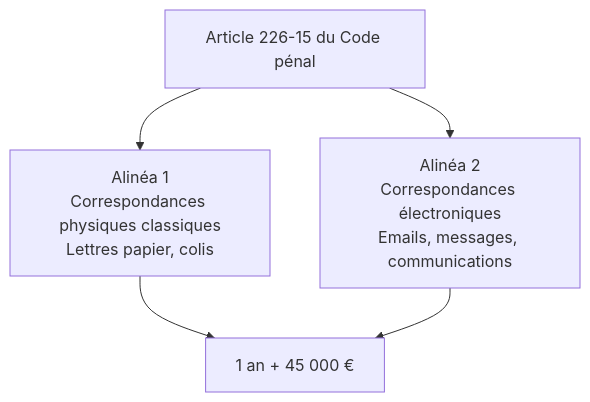
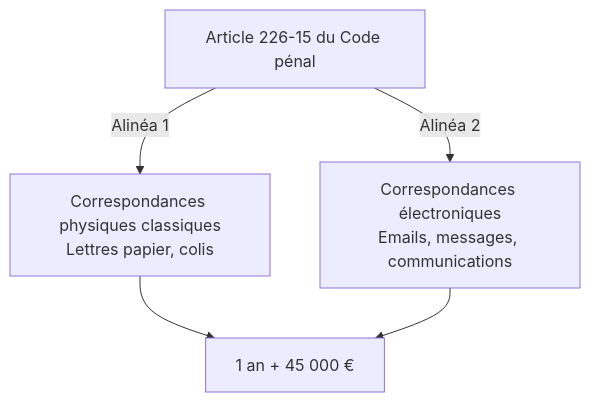
The second of 5 diagrams in docs/cursus-forensic/01-cycle-0-fondations/module-1-legislation/04-article-226-15.md (zyrass/omnydocs), drawn with Mermaid before and after one commit. The commit also changed other lines of this file and 171 other files, not shown here.

````diff
--- a/docs/cursus-forensic/01-cycle-0-fondations/module-1-legislation/04-article-226-15.md
+++ b/docs/cursus-forensic/01-cycle-0-fondations/module-1-legislation/04-article-226-15.md
@@ -106,7 +118,7 @@
 ```mermaid
 flowchart TB
-    A[Article 226-15 du Code pénal] --> B[Alinéa 1<br>Correspondances physiques classiques<br>Lettres papier, colis]
-    A --> C[Alinéa 2<br>Correspondances électroniques<br>Emails, messages, communications]
-    B --> D[1 an + 45 000 €]
+    A["Article 226-15 du Code pénal"] -->|Alinéa 1| B["Correspondances physiques classiques<br>Lettres papier, colis"]
+    A -->|Alinéa 2| C["Correspondances électroniques<br>Emails, messages, communications"]
+    B --> D["1 an + 45 000 €"]
     C --> D
 ```
````
